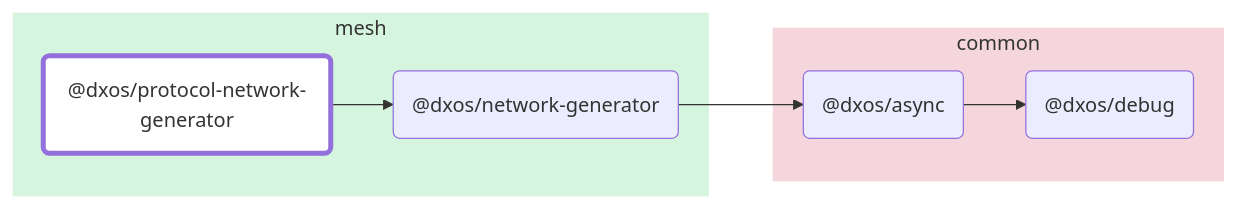
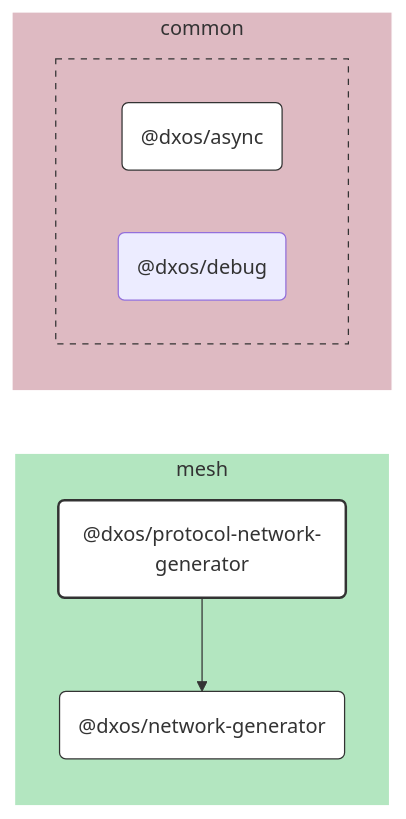
The diagram in packages/mesh/protocol-network-generator/docs/README.md (dxos/dxos), drawn with Mermaid before and after one commit. The commit also changed 100 other files, not shown here.

````diff
--- a/packages/mesh/protocol-network-generator/docs/README.md
+++ b/packages/mesh/protocol-network-generator/docs/README.md
@@ -7,24 +7,43 @@
 ```mermaid
-flowchart LR;
+%%{ init: {'flowchart':{'curve':'basis'}} }%%
 
-style dxos/protocol-network-generator fill:#fff,stroke-width:4px;
+flowchart LR
 
-click dxos/network-generator "https:/github.com/dxos/dxos/tree/main/packages/mesh/network-generator/docs";
-click dxos/async "https:/github.com/dxos/dxos/tree/main/packages/common/async/docs";
+%% Links
+dxos/protocol-network-generator --> dxos/network-generator;
 
+%% Sections
 subgraph mesh
-  style mesh fill:#d6f5de,stroke:#fff;
-  dxos/protocol-network-generator("@dxos/protocol-network-generator");
-  dxos/network-generator("@dxos/network-generator");
+  style mesh fill:#b3e6c0,stroke:#fff;
+
+  dxos/network-generator("@dxos/network-generator")
+  dxos/protocol-network-generator("@dxos/protocol-network-generator")
 end
 
 subgraph common
-  style common fill:#f5d6dd,stroke:#fff;
-  dxos/async("@dxos/async");
-  dxos/debug("@dxos/debug");
+  style common fill:#debac2,stroke:#fff;
+
+
+  subgraph common-excluded [ ]
+    style common-excluded fill:#debac2,stroke:#333,stroke-dasharray:5 5;
+
+    dxos/async("@dxos/async")
+    dxos/debug("@dxos/debug")
+  end
 end
 
-dxos/protocol-network-generator --> dxos/network-generator;
-dxos/network-generator --> dxos/async;
-dxos/async --> dxos/debug;
+
+%% Hyperlinks
+click dxos/async href "https:/github.com/dxos/dxos/tree/main/packages/common/async/docs";
+click dxos/network-generator href "https:/github.com/dxos/dxos/tree/main/packages/mesh/network-generator/docs";
+
+%% Styles
+classDef rootNode fill:#fff,stroke:#333,stroke-width:2px
+classDef defaultNode fill:#fff,stroke:#333,stroke-width:1px
+linkStyle default stroke:#333,stroke-width:1px
+
+dxos/protocol-network-generator:::rootNode
+
+dxos/async:::defaultNode
+dxos/network-generator:::defaultNode
 ```
````
